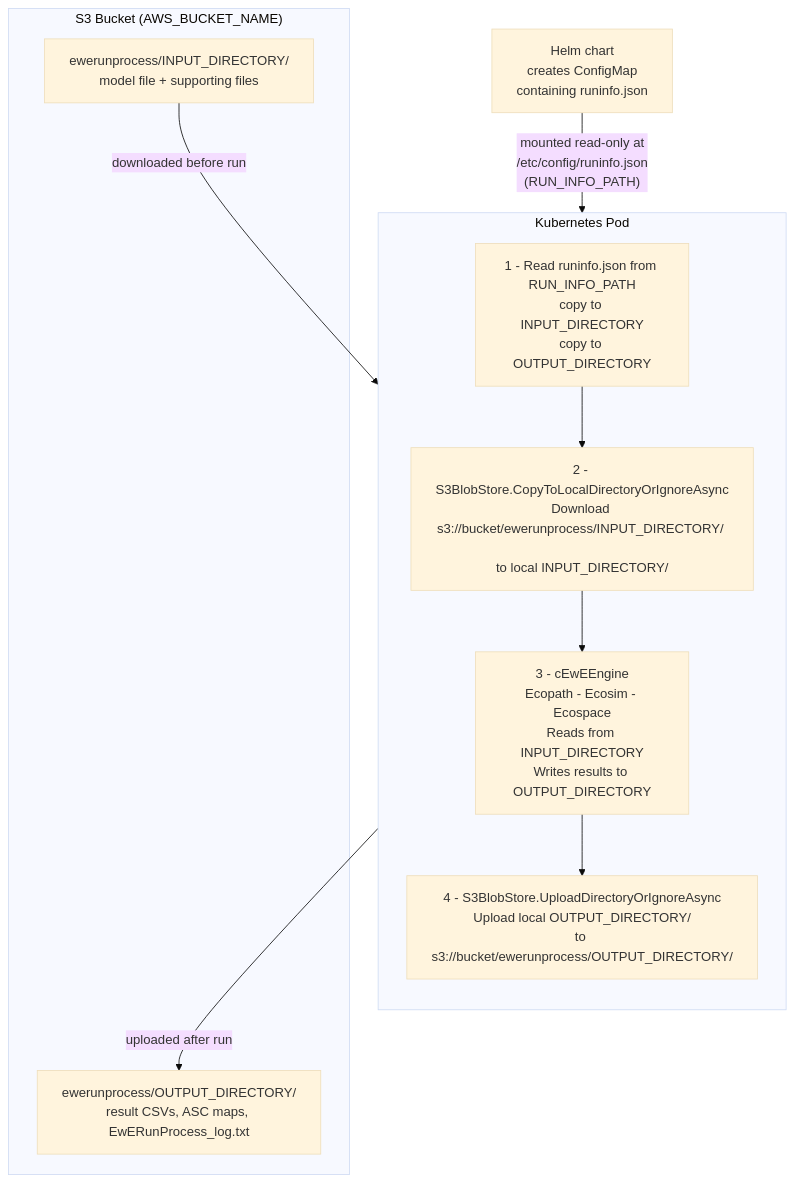
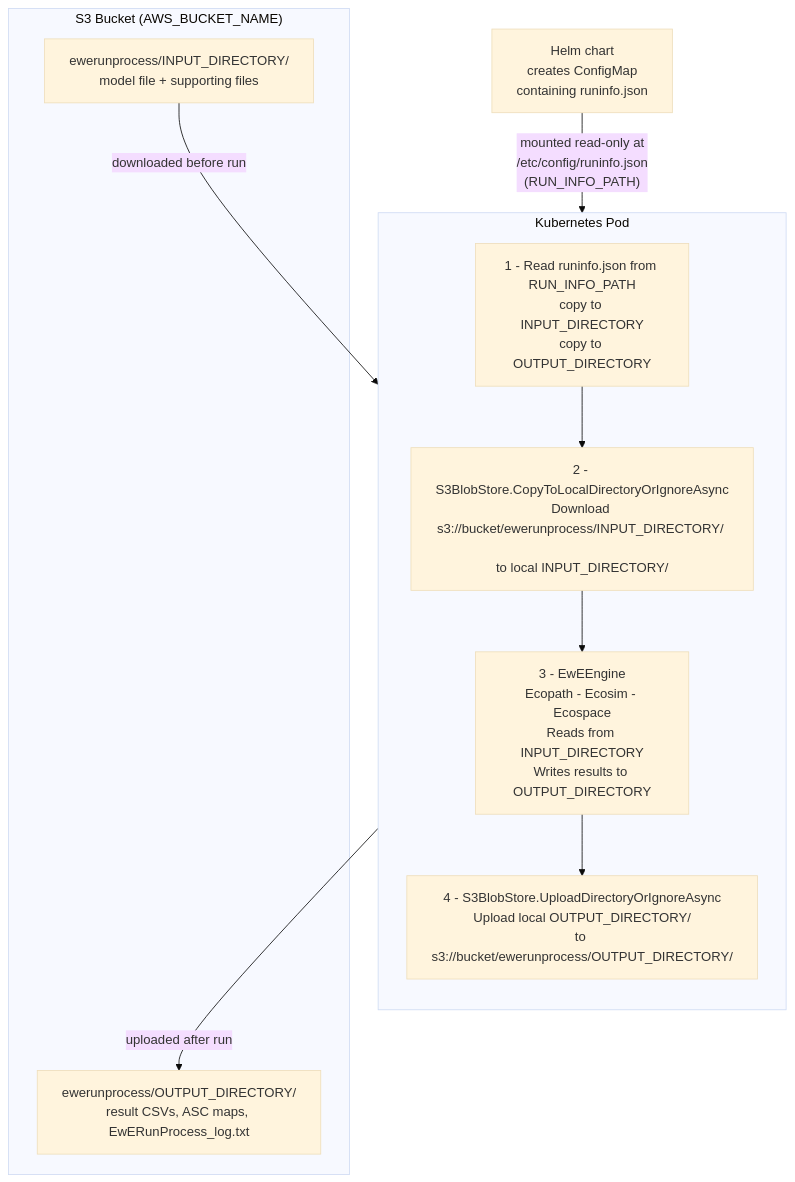
Before and after one commit to Official-EwE/Eii.Ecopath.Runner: the second of 2 diagrams in README.md, drawn with Mermaid (base theme). The commit also changed other lines of this file and 108 other files, not shown here.

````diff
--- a/README.md
+++ b/README.md
@@ -80,22 +80,22 @@
 ```mermaid
 flowchart TD
     HelmCM["Helm chart\ncreates ConfigMap\ncontaining runinfo.json"]
     HelmCM -->|"mounted read-only at\n/etc/config/runinfo.json\n(RUN_INFO_PATH)"| Pod
 
     subgraph Pod["Kubernetes Pod"]
         direction TB
         RunInfo["1 - Read runinfo.json from RUN_INFO_PATH\ncopy to INPUT_DIRECTORY\ncopy to OUTPUT_DIRECTORY"]
         S3Down["2 - S3BlobStore.CopyToLocalDirectoryOrIgnoreAsync\nDownload s3://bucket/ewerunprocess/INPUT_DIRECTORY/                           \nto local INPUT_DIRECTORY/"]
-        Engine["3 - cEwEEngine\nEcopath - Ecosim - Ecospace\nReads from INPUT_DIRECTORY\nWrites results to OUTPUT_DIRECTORY"]
+        Engine["3 - EwEEngine\nEcopath - Ecosim - Ecospace\nReads from INPUT_DIRECTORY\nWrites results to OUTPUT_DIRECTORY"]
         S3Up["4 - S3BlobStore.UploadDirectoryOrIgnoreAsync\nUpload local OUTPUT_DIRECTORY/\nto s3://bucket/ewerunprocess/OUTPUT_DIRECTORY/"]
         RunInfo --> S3Down --> Engine --> S3Up
     end
 
     subgraph S3["S3 Bucket (AWS_BUCKET_NAME)"]
         S3In["ewerunprocess/INPUT_DIRECTORY/\nmodel file + supporting files"]
         S3Out["ewerunprocess/OUTPUT_DIRECTORY/\nresult CSVs, ASC maps, EwERunProcess_log.txt                           "]
     end
 
     S3In -->|downloaded before run| S3Down
     S3Up -->|uploaded after run| S3Out
 ```
````
